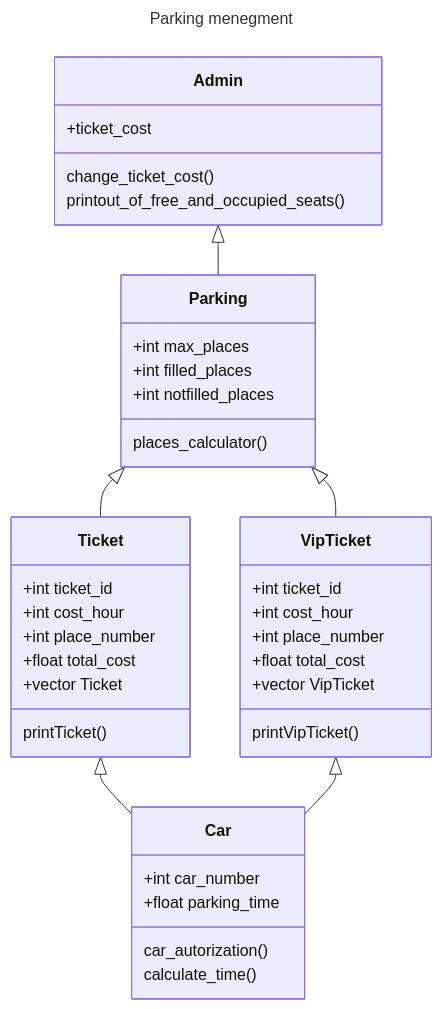
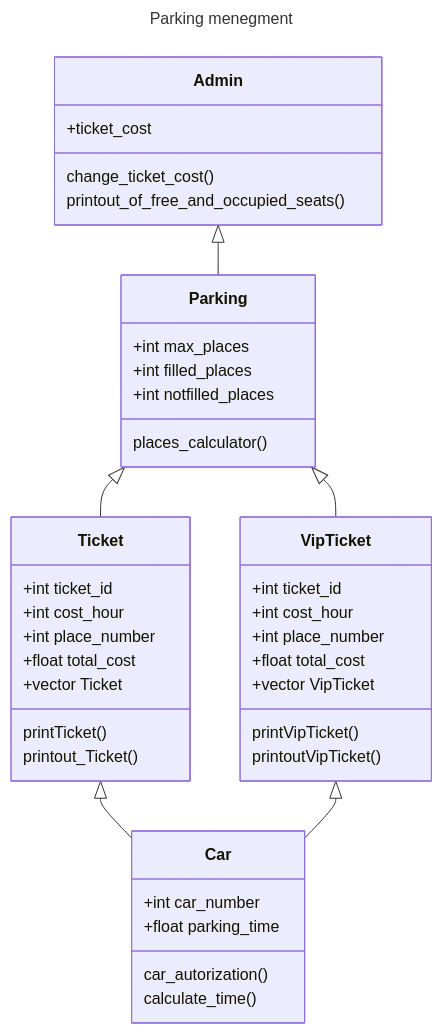
One commit to alanarzumanjan/Parking changed the diagram in diagram.md. Above: the diagram before and after it, drawn with Mermaid. The commit also changed 4 other files, not shown here.

````diff
--- a/diagram.md
+++ b/diagram.md
@@ -1,46 +1,48 @@
 ```mermaid
 --- 
 title: Parking menegment
 ---
 classDiagram
     class Car
         Car : +int car_number
         Car : +float parking_time
         Car : car_autorization()
         Car : calculate_time()
 
     class Parking
         Parking : +int max_places
         Parking : +int filled_places
         Parking : +int notfilled_places
         Parking : places_calculator()
 
     class Ticket
         Ticket : +int ticket_id
         Ticket : +int cost_hour
         Ticket : +int place_number
         Ticket : +float total_cost
         Ticket : +vector Ticket
         Ticket : printTicket()
+        Ticket : printout_Ticket()
 
     class VipTicket
         VipTicket : +int ticket_id
         VipTicket : +int cost_hour
         VipTicket : +int place_number
         VipTicket : +float total_cost
         VipTicket : +vector VipTicket
         VipTicket : printVipTicket()
+        VipTicket : printoutVipTicket()
     
     class Admin
         Admin : +ticket_cost
         Admin : change_ticket_cost()
         Admin : printout_of_free_and_occupied_seats()
     
 
     Ticket <|-- Car
     VipTicket <|-- Car
     
     Admin <|-- Parking
     Parking <|-- Ticket
     Parking <|-- VipTicket
 ```
````
